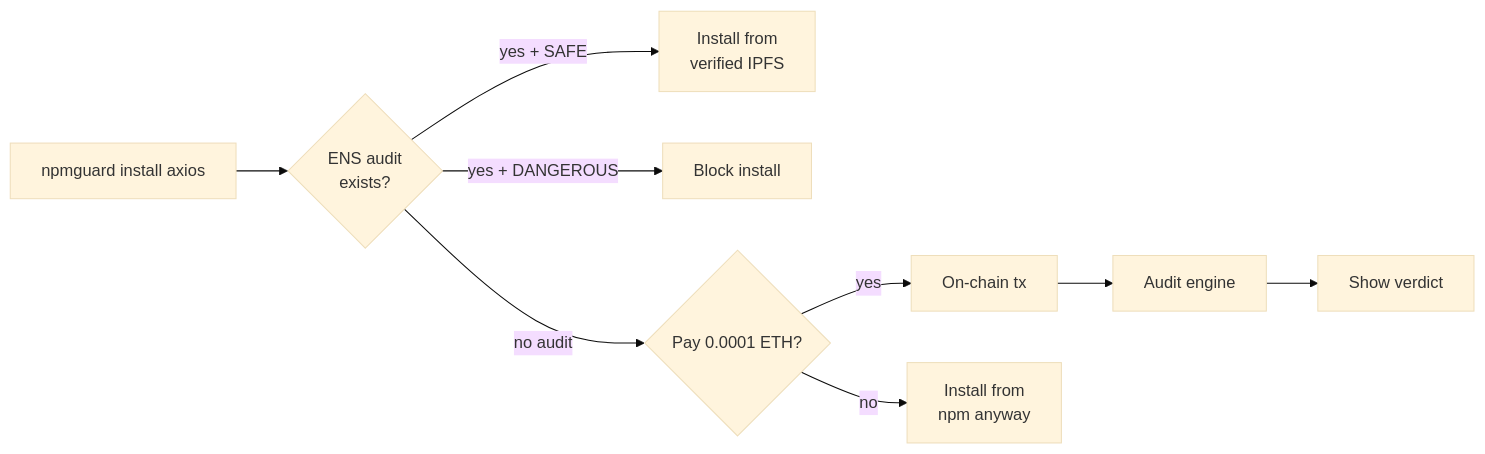
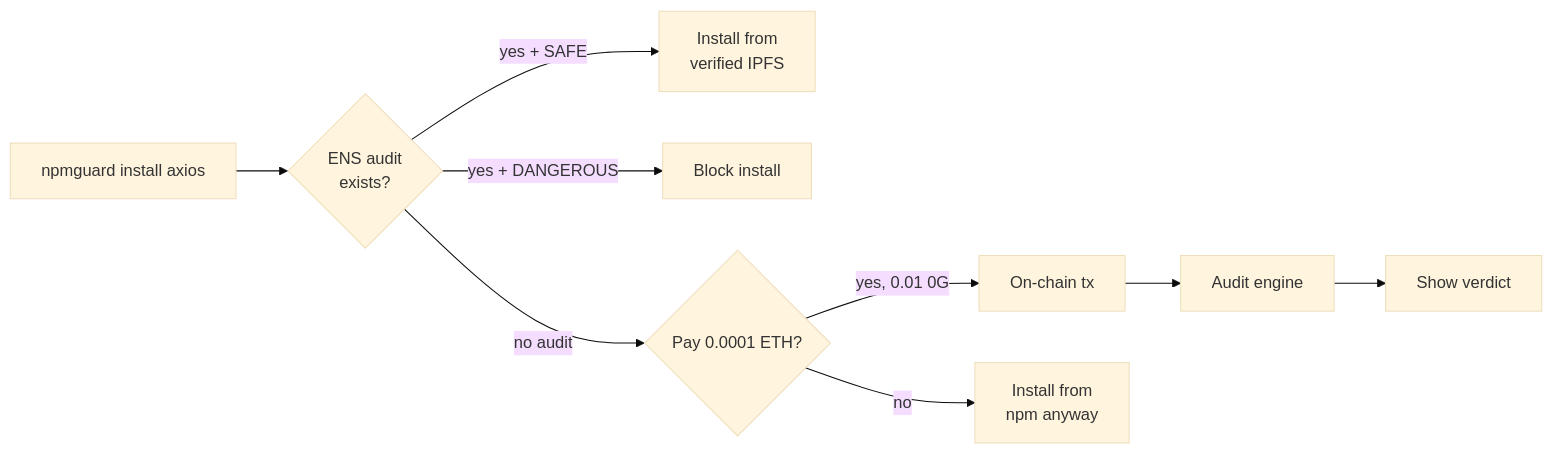
The second of 2 diagrams in README.md (kryczkal/EthCannes2026), drawn with Mermaid (base theme) before and after one commit. The commit also changed other lines of this file and 6 other files, not shown here.

````diff
--- a/README.md
+++ b/README.md
@@ -49,9 +49,9 @@
 ```mermaid
 flowchart LR
     A[npmguard install axios] --> B{ENS audit<br/>exists?}
     B -->|yes + SAFE| C[Install from<br/>verified IPFS]
     B -->|yes + DANGEROUS| D[Block install]
     B -->|no audit| E{Pay 0.0001 ETH?}
-    E -->|yes| F[On-chain tx] --> G[Audit engine] --> H[Show verdict]
+    E -->|yes, 0.01 0G| F[On-chain tx] --> G[Audit engine] --> H[Show verdict]
     E -->|no| I[Install from<br/>npm anyway]
 ```
````
